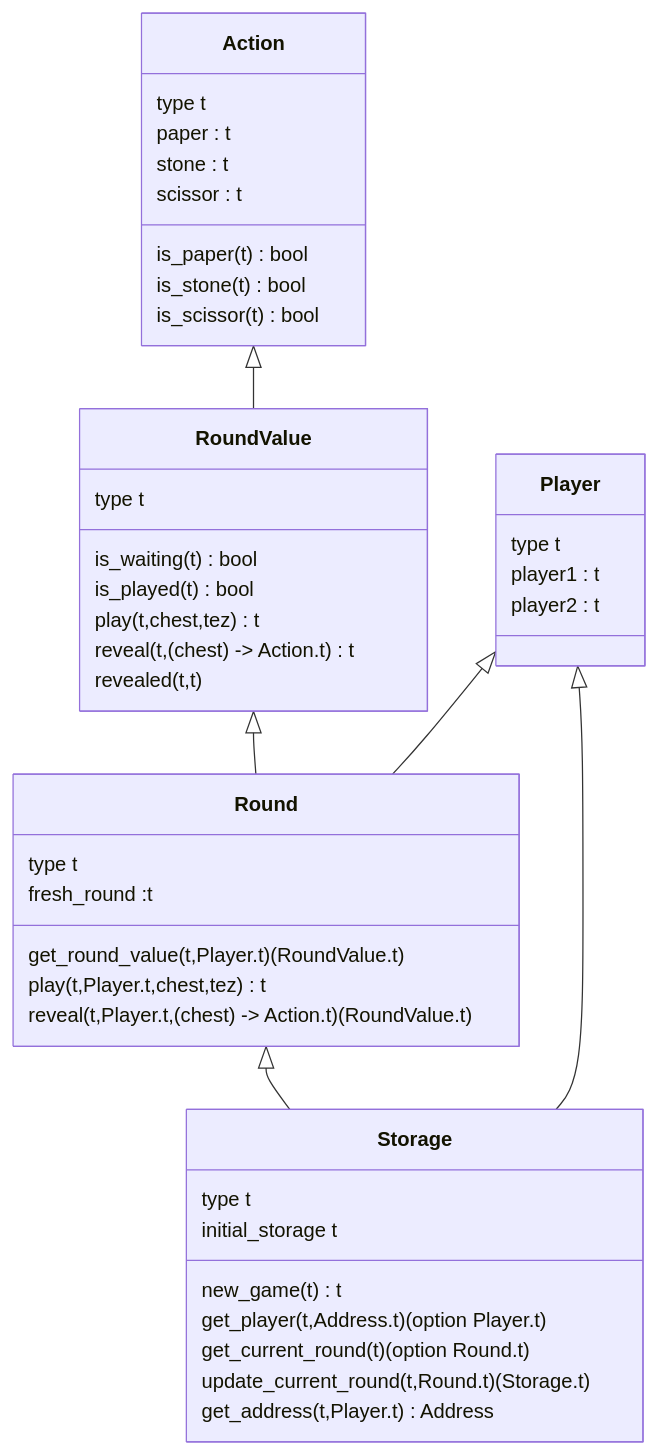
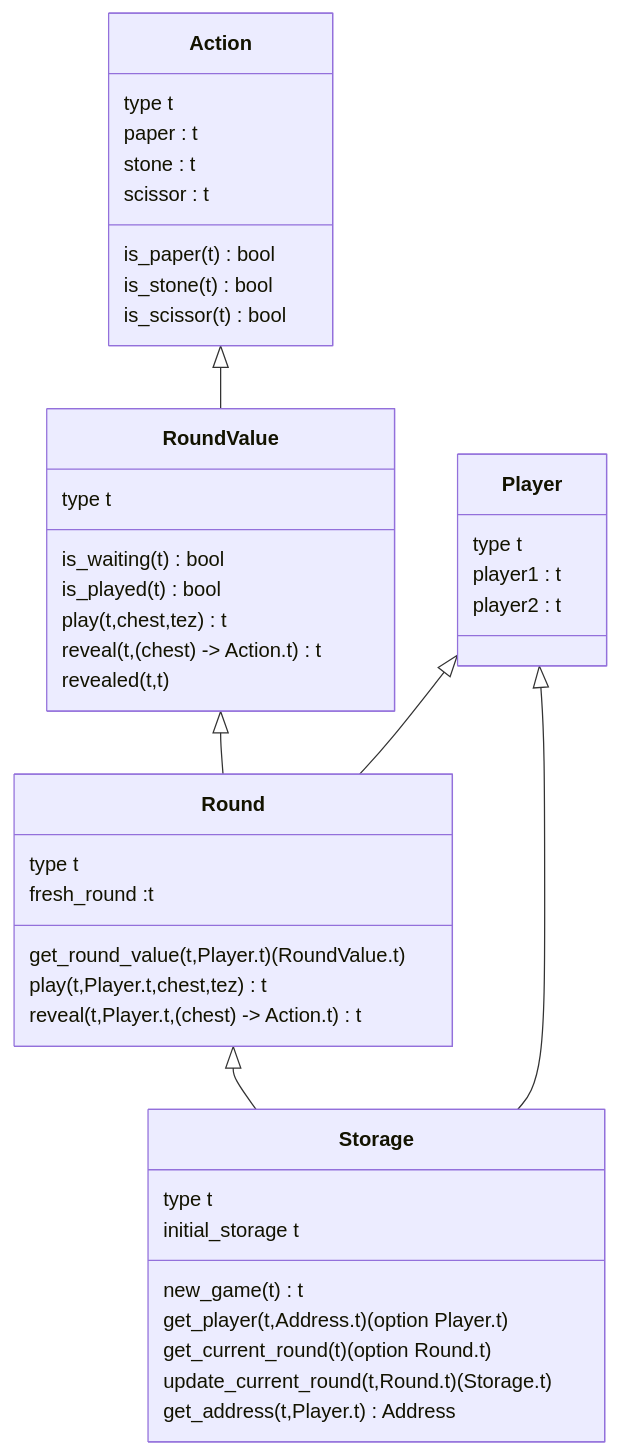
The sixth of 6 diagrams in v3/README.md (ligolang/jsligo-training-dapp-shifumi), drawn with Mermaid before and after one commit. The commit also changed 1 other file, not shown here.

Commit message:
Documentation

````diff
--- a/v3/README.md
+++ b/v3/README.md
@@ -80,51 +80,51 @@
 ```mermaid
 classDiagram
     Action <|-- RoundValue
     RoundValue <|-- Round
     Round <|-- Storage
     Player <|-- Round
     Player <|-- Storage
 
     class Action{
          type t
          paper : t
          stone : t
          scissor : t
          is_paper(t) bool
          is_stone(t) bool
          is_scissor(t) bool
     }
             
     class Player{
          type t
          player1 : t
          player2 : t
     }
 
     class RoundValue{
          type t
          is_waiting(t) bool
          is_played(t) bool
          play(t,chest,tez) t
          reveal(t,(chest) -> Action.t) t
          revealed(t,t) 
     }
 
     class Round{
          type t
          fresh_round :t
          get_round_value(t,Player.t) (RoundValue.t)
          play(t,Player.t,chest,tez) t
-         reveal(t,Player.t,(chest) -> Action.t) (RoundValue.t)
+         reveal(t,Player.t,(chest) -> Action.t) t
     }
 
     class Storage{
          type t
          initial_storage t
          new_game(t) t
          get_player(t,Address.t) (option Player.t)
          get_current_round(t) (option Round.t)
          update_current_round(t,Round.t) (Storage.t)
          get_address(t,Player.t) Address
     }
 ```
````
